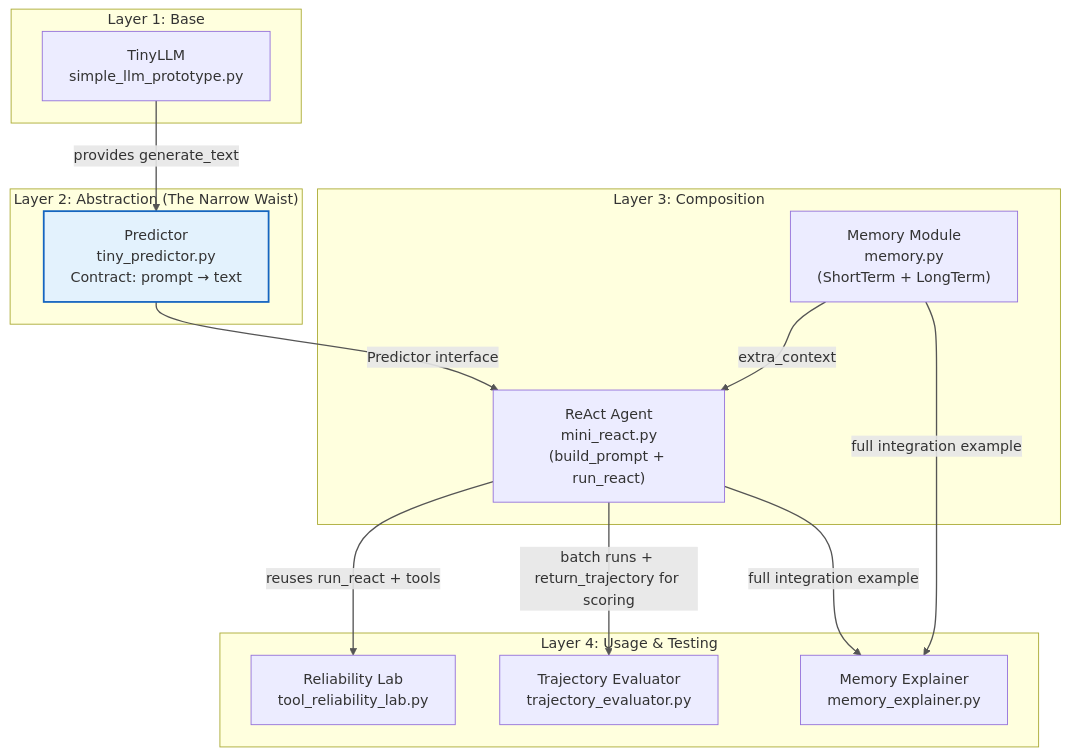
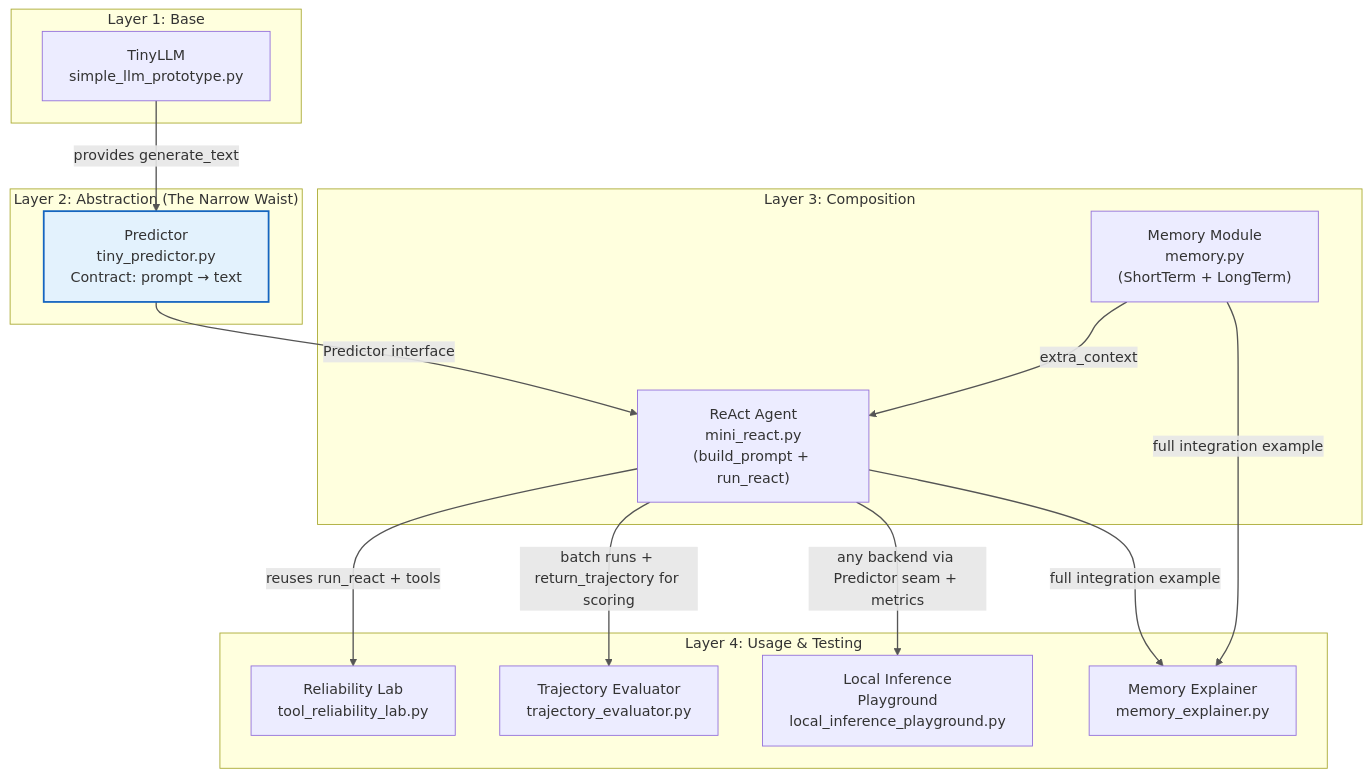
One commit to p10ns11y/prototype-it-to-explain-itself changed the first of 8 diagrams in llm/architecture.md. Above: the diagram before and after it, drawn with Mermaid. The commit also changed other lines of this file and 4 other files, not shown here.

First line of the commit message:
feat(proto-5): Local Inference Playground + Benchmark (local_inference_playground.py)

````diff
--- a/llm/architecture.md
+++ b/llm/architecture.md
@@ -34,38 +34,40 @@
 ```mermaid
 flowchart TD
     %% Layers
     subgraph Base["Layer 1: Base"]
         TinyLLM["TinyLLM<br/>simple_llm_prototype.py"]
     end
 
     subgraph Abstraction["Layer 2: Abstraction (The Narrow Waist)"]
         Predictor["Predictor<br/>tiny_predictor.py<br/>Contract: prompt → text"]
     end
 
     subgraph Composition["Layer 3: Composition"]
         ReAct["ReAct Agent<br/>mini_react.py<br/>(build_prompt + run_react)"]
         Memory["Memory Module<br/>memory.py<br/>(ShortTerm + LongTerm)"]
     end
 
     subgraph Usage["Layer 4: Usage & Testing"]
         Lab["Reliability Lab<br/>tool_reliability_lab.py"]
         Evaluator["Trajectory Evaluator<br/>trajectory_evaluator.py"]
+        Playground["Local Inference<br/>Playground<br/>local_inference_playground.py"]
         Explainer["Memory Explainer<br/>memory_explainer.py"]
     end
 
     %% Static dependencies (what imports what)
     TinyLLM -->|provides generate_text| Predictor
     Predictor -->|Predictor interface| ReAct
     Memory -->|extra_context| ReAct
 
     %% Runtime usage (what consumes the composed system)
     ReAct -->|reuses run_react + tools| Lab
     ReAct -->|batch runs + return_trajectory for scoring| Evaluator
+    ReAct -->|any backend via Predictor seam + metrics| Playground
     ReAct & Memory -->|full integration example| Explainer
 
     %% Legend / notes
     classDef waist fill:#e3f2fd,stroke:#1565c0,stroke-width:2px
     class Predictor waist
 
     linkStyle default stroke:#555,stroke-width:1.5px
 ```
````
